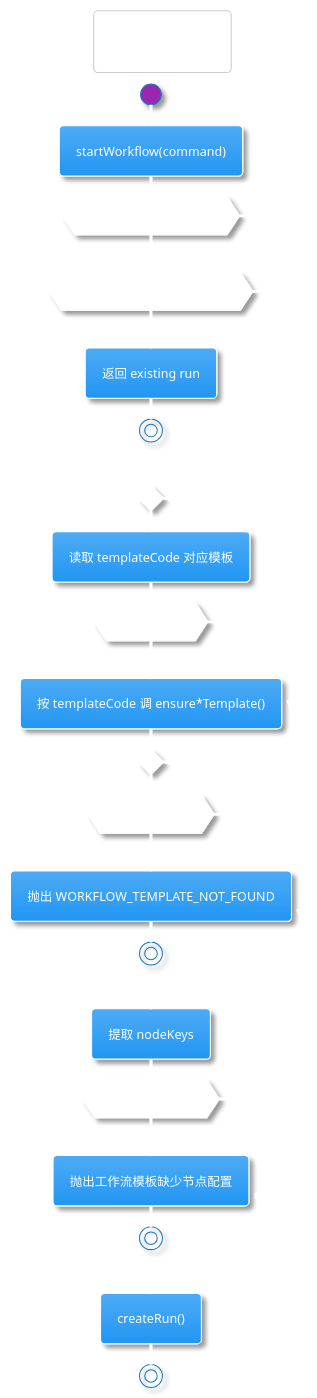
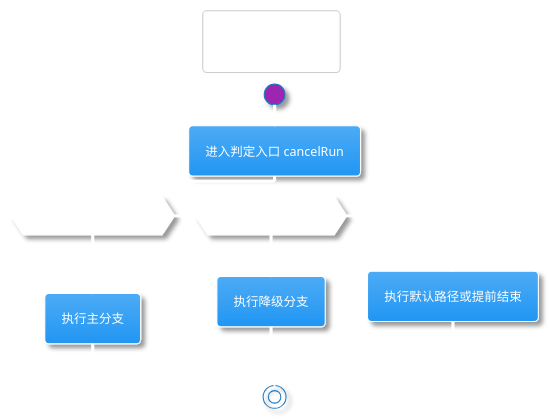
One commit to maroonxv/stock-screening-boost changed the diagram in docs/workflow-viz/code/src-server-application-workflow-command-service-ts-b8963d50-branch-decision.puml. Above: the diagram before and after it, drawn with PlantUML. The commit also changed 20 other files, not shown here.

```diff
--- a/docs/workflow-viz/code/src-server-application-workflow-command-service-ts-b8963d50-branch-decision.puml
+++ b/docs/workflow-viz/code/src-server-application-workflow-command-service-ts-b8963d50-branch-decision.puml
@@ -1,47 +1,30 @@
 @startuml
 !theme materia
 skinparam defaultFontColor #FFFFFF
 skinparam ArrowColor #FFFFFF
 skinparam LineColor #FFFFFF
 skinparam PackageBorderColor #FFFFFF
 skinparam RectangleBorderColor #FFFFFF
 skinparam ComponentBorderColor #FFFFFF
 skinparam SequenceArrowColor #FFFFFF
 skinparam SequenceLifeLineBorderColor #FFFFFF
 skinparam SequenceParticipantBorderColor #FFFFFF
 skinparam SequenceParticipantFontColor #FFFFFF
 skinparam ActivityBorderColor #FFFFFF
 skinparam ActivityFontColor #FFFFFF
 skinparam ActivityDiamondBorderColor #FFFFFF
 skinparam ActivityDiamondFontColor #FFFFFF
 skinparam StateBorderColor #FFFFFF
 skinparam StateFontColor #FFFFFF
 title 分支判定图
 start
-:startWorkflow(command);
-if (携带 idempotencyKey?) then (是)
-  if (已有 pending/running run?) then (是)
-    :返回 existing run;
-    stop
-  endif
+:进入判定入口 cancelRun;
+if (是否满足主守卫条件?) then (满足)
+  :执行主分支;
+elseif (是否满足降级条件?)
+  :执行降级分支;
+else
+  :执行默认路径或提前结束;
 endif
-
-:读取 templateCode 对应模板;
-if (模板不存在?) then (是)
-  :按 templateCode 调 ensure*Template();
-endif
-
-if (仍然没有模板?) then (是)
-  :抛出 WORKFLOW_TEMPLATE_NOT_FOUND;
-  stop
-endif
-
-:提取 nodeKeys;
-if (nodeKeys 为空?) then (是)
-  :抛出工作流模板缺少节点配置;
-  stop
-endif
-
-:createRun();
 stop
 @enduml
```
